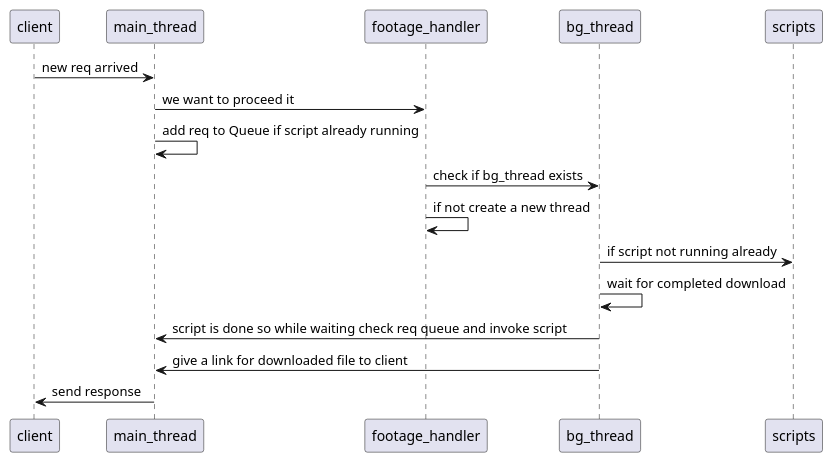
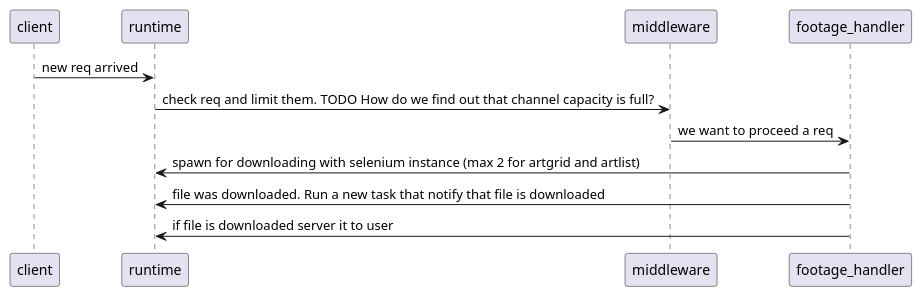
Before and after one commit to glmcz/axum-thirtyfour-server: the diagram in plain_uml.wsd, drawn with PlantUML. The commit also changed 14 other files, not shown here.

```diff
--- a/plain_uml.wsd
+++ b/plain_uml.wsd
@@ -1,15 +1,12 @@
 @startuml
 participant client
 
-client -> main_thread : new req arrived
-main_thread -> footage_handler : we want to proceed it
-main_thread -> main_thread : add req to Queue if script already running
+client -> runtime : new req arrived
+runtime -> middleware : check req and limit them. TODO How do we find out that channel capacity is full?
+middleware -> footage_handler : we want to proceed a req
 
-footage_handler -> bg_thread : check if bg_thread exists
-footage_handler -> footage_handler : if not create a new thread
-bg_thread -> scripts : if script not running already
-bg_thread -> bg_thread : wait for completed download
-bg_thread -> main_thread : script is done so while waiting check req queue and invoke script
-bg_thread -> main_thread : give a link for downloaded file to client
-main_thread -> client : send response
+footage_handler -> runtime : spawn for downloading with selenium instance (max 2 for artgrid and artlist)
+footage_handler -> runtime : file was downloaded. Run a new task that notify that file is downloaded
+footage_handler -> runtime : if file is downloaded server it to user
+
 @enduml
```
